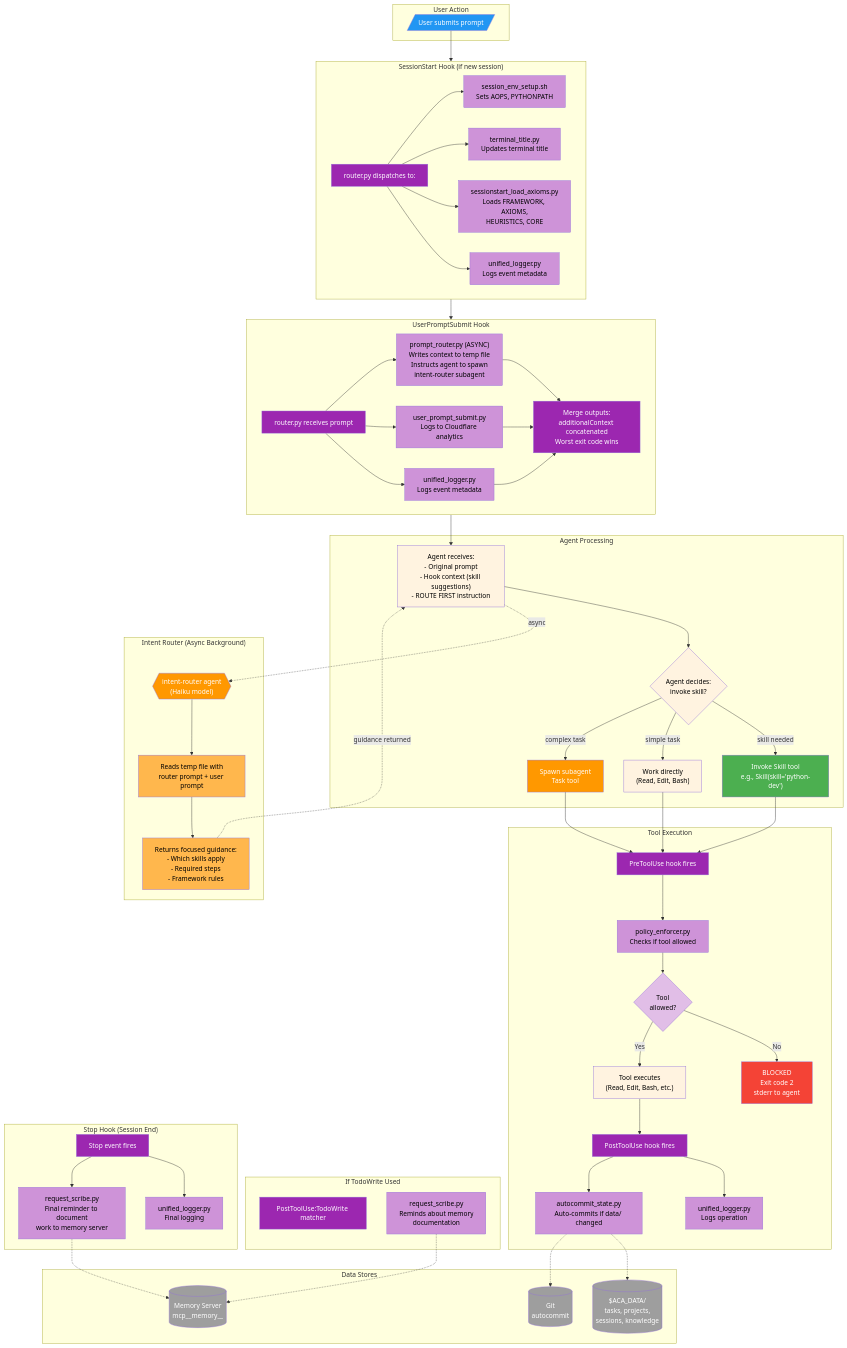
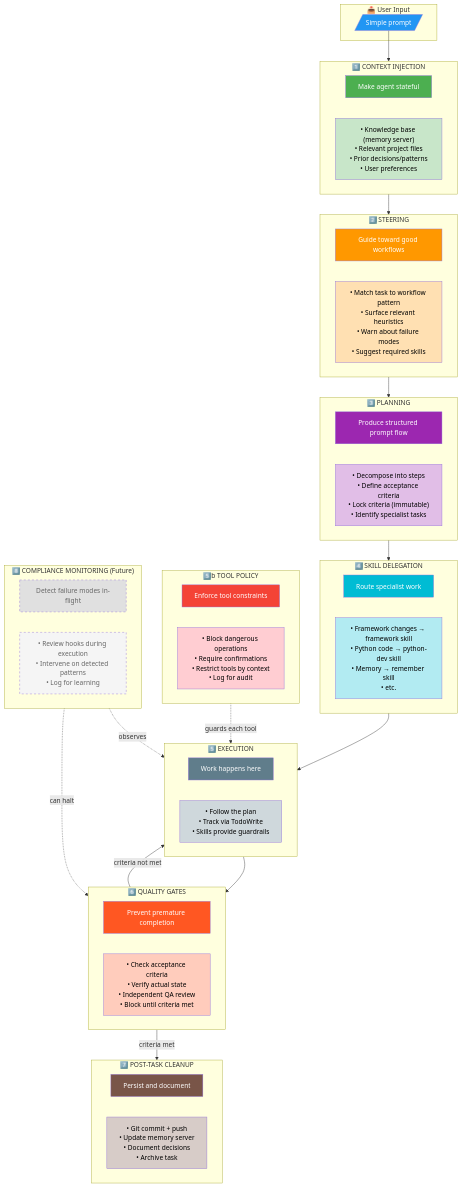
Before and after one commit to nicsuzor/academicOps: the first of 8 diagrams in docs/execution-flow.md, drawn with Mermaid. The commit also changed other lines of this file and 22 other files, not shown here.

````diff
--- a/docs/execution-flow.md
+++ b/docs/execution-flow.md
@@ -24,138 +11,83 @@
 ```mermaid
-flowchart TD
-    subgraph USER["User Action"]
-        U1[/"User submits prompt"/]
+flowchart TB
+    subgraph INPUT["📥 User Input"]
+        U1[/"Simple prompt"/]
     end
 
-    subgraph SESSION_START["SessionStart Hook (if new session)"]
-        S1["router.py dispatches to:"]
-        S2["session_env_setup.sh<br/>Sets AOPS, PYTHONPATH"]
-        S3["terminal_title.py<br/>Updates terminal title"]
-        S4["sessionstart_load_axioms.py<br/>Loads FRAMEWORK, AXIOMS,<br/>HEURISTICS, CORE"]
-        S5["unified_logger.py<br/>Logs event metadata"]
-        S1 --> S2
-        S1 --> S3
-        S1 --> S4
-        S1 --> S5
+    subgraph CONTEXT["1️⃣ CONTEXT INJECTION"]
+        C1["Make agent stateful"]
+        C2["• Knowledge base (memory server)<br/>• Relevant project files<br/>• Prior decisions/patterns<br/>• User preferences"]
     end
 
-    subgraph PROMPT_HOOK["UserPromptSubmit Hook"]
-        P1["router.py receives prompt"]
-        P2["prompt_router.py (ASYNC)<br/>Writes context to temp file<br/>Instructs agent to spawn<br/>intent-router subagent"]
-        P3["user_prompt_submit.py<br/>Logs to Cloudflare analytics"]
-        P4["unified_logger.py<br/>Logs event metadata"]
-        P1 --> P2
-        P1 --> P3
-        P1 --> P4
-        P5["Merge outputs:<br/>additionalContext concatenated<br/>Worst exit code wins"]
-        P2 --> P5
-        P3 --> P5
-        P4 --> P5
+    subgraph STEER["2️⃣ STEERING"]
+        S1["Guide toward good workflows"]
+        S2["• Match task to workflow pattern<br/>• Surface relevant heuristics<br/>• Warn about failure modes<br/>• Suggest required skills"]
     end
 
-    subgraph AGENT_RECEIVES["Agent Processing"]
-        A1["Agent receives:<br/>- Original prompt<br/>- Hook context (skill suggestions)<br/>- ROUTE FIRST instruction"]
-        A2{"Agent decides:<br/>invoke skill?"}
-        A3["Invoke Skill tool<br/>e.g., Skill(skill='python-dev')"]
-        A4["Work directly<br/>(Read, Edit, Bash)"]
-        A5["Spawn subagent<br/>Task tool"]
-        A2 -->|skill needed| A3
-        A2 -->|simple task| A4
-        A2 -->|complex task| A5
+    subgraph PLAN["3️⃣ PLANNING"]
+        P1["Produce structured prompt flow"]
+        P2["• Decompose into steps<br/>• Define acceptance criteria<br/>• Lock criteria (immutable)<br/>• Identify specialist tasks"]
     end
 
-    subgraph INTENT_ROUTER["Intent Router (Async Background)"]
-        IR1{{"intent-router agent<br/>(Haiku model)"}}
-        IR2["Reads temp file with<br/>router prompt + user prompt"]
-        IR3["Returns focused guidance:<br/>- Which skills apply<br/>- Required steps<br/>- Framework rules"]
-        IR1 --> IR2 --> IR3
+    subgraph DELEGATE["4️⃣ SKILL DELEGATION"]
+        D1["Route specialist work"]
+        D2["• Framework changes → framework skill<br/>• Python code → python-dev skill<br/>• Memory → remember skill<br/>• etc."]
     end
 
-    subgraph TOOL_EXECUTION["Tool Execution"]
-        T1["PreToolUse hook fires"]
-        T2["policy_enforcer.py<br/>Checks if tool allowed"]
-        T3{"Tool<br/>allowed?"}
-        T4["BLOCKED<br/>Exit code 2<br/>stderr to agent"]
-        T5["Tool executes<br/>(Read, Edit, Bash, etc.)"]
-        T6["PostToolUse hook fires"]
-        T7["unified_logger.py<br/>Logs operation"]
-        T8["autocommit_state.py<br/>Auto-commits if data/ changed"]
-        T1 --> T2 --> T3
-        T3 -->|No| T4
-        T3 -->|Yes| T5
-        T5 --> T6
-        T6 --> T7
-        T6 --> T8
+    subgraph EXECUTE["5️⃣ EXECUTION"]
+        E1["Work happens here"]
+        E2["• Follow the plan<br/>• Track via TodoWrite<br/>• Skills provide guardrails"]
     end
 
-    subgraph TODO_HOOK["If TodoWrite Used"]
-        TD1["PostToolUse:TodoWrite matcher"]
-        TD2["request_scribe.py<br/>Reminds about memory<br/>documentation"]
+    subgraph POLICY["5️⃣b TOOL POLICY"]
+        PO1["Enforce tool constraints"]
+        PO2["• Block dangerous operations<br/>• Require confirmations<br/>• Restrict tools by context<br/>• Log for audit"]
     end
 
-    subgraph STOP_HOOK["Stop Hook (Session End)"]
-        ST1["Stop event fires"]
-        ST2["unified_logger.py<br/>Final logging"]
-        ST3["request_scribe.py<br/>Final reminder to document<br/>work to memory server"]
-        ST1 --> ST2
-        ST1 --> ST3
+    subgraph GATES["6️⃣ QUALITY GATES"]
+        G1["Prevent premature completion"]
+        G2["• Check acceptance criteria<br/>• Verify actual state<br/>• Independent QA review<br/>• Block until criteria met"]
     end
 
-    subgraph DATA["Data Stores"]
-        D1[("$ACA_DATA/<br/>tasks, projects,<br/>sessions, knowledge")]
-        D2[("Memory Server<br/>mcp__memory__")]
-        D3[("Git<br/>autocommit")]
+    subgraph CLEANUP["7️⃣ POST-TASK CLEANUP"]
+        CL1["Persist and document"]
+        CL2["• Git commit + push<br/>• Update memory server<br/>• Document decisions<br/>• Archive task"]
     end
 
-    %% Flow connections
-    U1 --> SESSION_START
-    SESSION_START --> PROMPT_HOOK
-    PROMPT_HOOK --> A1
-    A1 --> A2
-    A1 -.->|async| IR1
-    IR3 -.->|guidance returned| A1
-    A3 --> T1
-    A4 --> T1
-    A5 --> T1
-    T8 -.-> D1
-    T8 -.-> D3
-    TD2 -.-> D2
-    ST3 -.-> D2
+    subgraph MONITOR["8️⃣ COMPLIANCE MONITORING (Future)"]
+        M1["Detect failure modes in-flight"]
+        M2["• Review hooks during execution<br/>• Intervene on detected patterns<br/>• Log for learning"]
+    end
 
-    %% Styling
+    U1 --> CONTEXT
+    CONTEXT --> STEER
+    STEER --> PLAN
+    PLAN --> DELEGATE
+    DELEGATE --> EXECUTE
+    POLICY -.->|guards each tool| EXECUTE
+    EXECUTE --> GATES
+    GATES -->|criteria not met| EXECUTE
+    GATES -->|criteria met| CLEANUP
+    MONITOR -.->|observes| EXECUTE
+    MONITOR -.->|can halt| GATES
+
     style U1 fill:#2196f3,color:#fff
-    style S1 fill:#9c27b0,color:#fff
-    style S2 fill:#ce93d8,color:#000
-    style S3 fill:#ce93d8,color:#000
-    style S4 fill:#ce93d8,color:#000
-    style S5 fill:#ce93d8,color:#000
+    style C1 fill:#4caf50,color:#fff
+    style C2 fill:#c8e6c9,color:#000
+    style S1 fill:#ff9800,color:#fff
+    style S2 fill:#ffe0b2,color:#000
     style P1 fill:#9c27b0,color:#fff
-    style P2 fill:#ce93d8,color:#000
-    style P3 fill:#ce93d8,color:#000
-    style P4 fill:#ce93d8,color:#000
-    style P5 fill:#9c27b0,color:#fff
-    style A1 fill:#fff3e0,color:#000
-    style A2 fill:#fff3e0,color:#000
-    style A3 fill:#4caf50,color:#fff
-    style A4 fill:#fff3e0,color:#000
-    style A5 fill:#ff9800,color:#fff
-    style IR1 fill:#ff9800,color:#fff
-    style IR2 fill:#ffb74d,color:#000
-    style IR3 fill:#ffb74d,color:#000
-    style T1 fill:#9c27b0,color:#fff
-    style T2 fill:#ce93d8,color:#000
-    style T3 fill:#e1bee7,color:#000
-    style T4 fill:#f44336,color:#fff
-    style T5 fill:#fff3e0,color:#000
-    style T6 fill:#9c27b0,color:#fff
-    style T7 fill:#ce93d8,color:#000
-    style T8 fill:#ce93d8,color:#000
-    style TD1 fill:#9c27b0,color:#fff
-    style TD2 fill:#ce93d8,color:#000
-    style ST1 fill:#9c27b0,color:#fff
-    style ST2 fill:#ce93d8,color:#000
-    style ST3 fill:#ce93d8,color:#000
-    style D1 fill:#9e9e9e,color:#fff
-    style D2 fill:#9e9e9e,color:#fff
-    style D3 fill:#9e9e9e,color:#fff
+    style P2 fill:#e1bee7,color:#000
+    style D1 fill:#00bcd4,color:#fff
+    style D2 fill:#b2ebf2,color:#000
+    style E1 fill:#607d8b,color:#fff
+    style E2 fill:#cfd8dc,color:#000
+    style PO1 fill:#f44336,color:#fff
+    style PO2 fill:#ffcdd2,color:#000
+    style G1 fill:#ff5722,color:#fff
+    style G2 fill:#ffccbc,color:#000
+    style CL1 fill:#795548,color:#fff
+    style CL2 fill:#d7ccc8,color:#000
+    style M1 fill:#e0e0e0,color:#666,stroke-dasharray: 5 5
+    style M2 fill:#f5f5f5,color:#666,stroke-dasharray: 5 5
 ```
````
